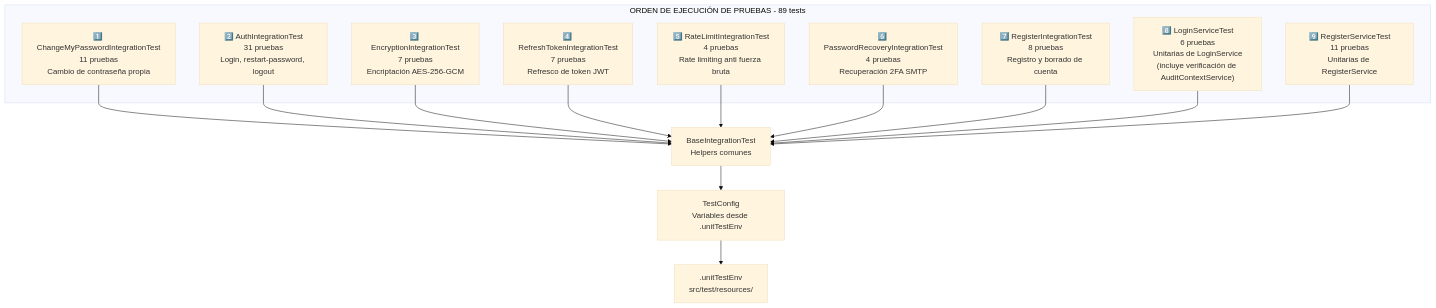
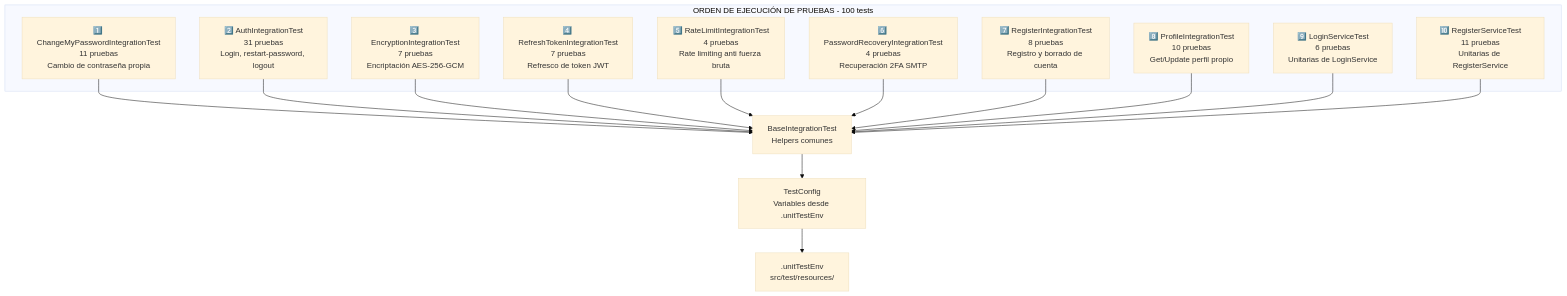
Diagram 18 of 18 in README.md (42mrnobody42-alt/investment-tracker), drawn with Mermaid (base theme) before and after one commit. The commit also changed other lines of this file and 22 other files, not shown here.

First line of the commit message:
feat(profile): perfil de usuario + SYS-03 + login minimalista

````diff
--- a/README.md
+++ b/README.md
@@ -887,27 +1102,29 @@
 ```mermaid
 graph TB
-    subgraph "ORDEN DE EJECUCIÓN DE PRUEBAS - 89 tests"
+    subgraph "ORDEN DE EJECUCIÓN DE PRUEBAS - 100 tests"
         A["1️⃣ ChangeMyPasswordIntegrationTest<br/>11 pruebas<br/>Cambio de contraseña propia"]
         B["2️⃣ AuthIntegrationTest<br/>31 pruebas<br/>Login, restart-password, logout"]
         C["3️⃣ EncryptionIntegrationTest<br/>7 pruebas<br/>Encriptación AES-256-GCM"]
         D["4️⃣ RefreshTokenIntegrationTest<br/>7 pruebas<br/>Refresco de token JWT"]
         E["5️⃣ RateLimitIntegrationTest<br/>4 pruebas<br/>Rate limiting anti fuerza bruta"]
         F["6️⃣ PasswordRecoveryIntegrationTest<br/>4 pruebas<br/>Recuperación 2FA SMTP"]
         G["7️⃣ RegisterIntegrationTest<br/>8 pruebas<br/>Registro y borrado de cuenta"]
-        H["8️⃣ LoginServiceTest<br/>6 pruebas<br/>Unitarias de LoginService<br/>(incluye verificación de AuditContextService)"]
-        I["9️⃣ RegisterServiceTest<br/>11 pruebas<br/>Unitarias de RegisterService"]
+        H["8️⃣ ProfileIntegrationTest<br/>10 pruebas<br/>Get/Update perfil propio"]
+        I["9️⃣ LoginServiceTest<br/>6 pruebas<br/>Unitarias de LoginService"]
+        J["🔟 RegisterServiceTest<br/>11 pruebas<br/>Unitarias de RegisterService"]
     end
 
-    A --> J["BaseIntegrationTest<br/>Helpers comunes"]
-    B --> J
-    C --> J
-    D --> J
-    E --> J
-    F --> J
-    G --> J
-    H --> J
-    I --> J
+    A --> K["BaseIntegrationTest<br/>Helpers comunes"]
+    B --> K
+    C --> K
+    D --> K
+    E --> K
+    F --> K
+    G --> K
+    H --> K
+    I --> K
+    J --> K
 
-    J --> K["TestConfig<br/>Variables desde .unitTestEnv"]
-    K --> L[".unitTestEnv<br/>src/test/resources/"]
+    K --> L["TestConfig<br/>Variables desde .unitTestEnv"]
+    L --> M[".unitTestEnv<br/>src/test/resources/"]
 ```
````
